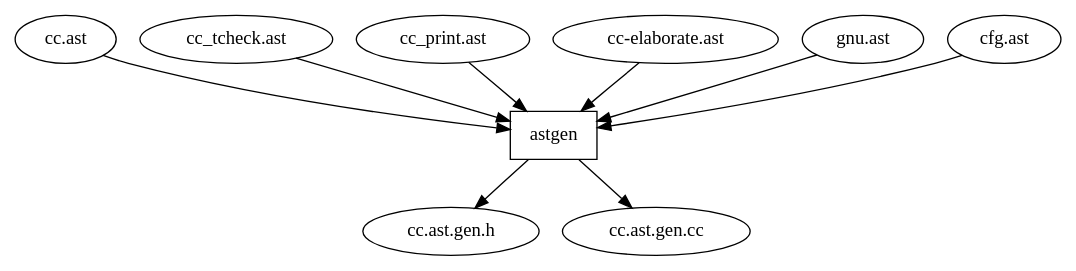
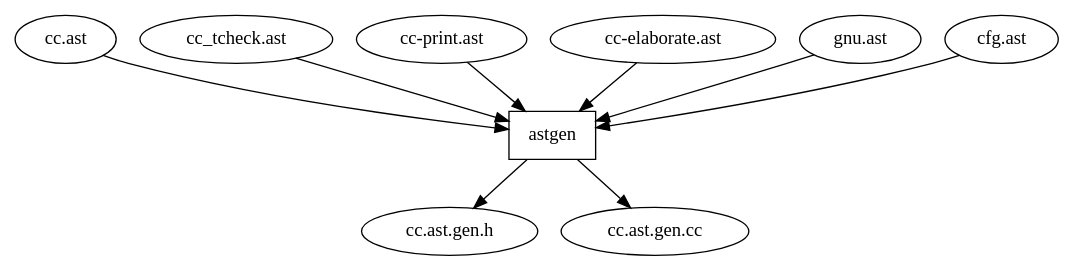
One commit to smcpeak/elsa changed the diagram in doc/ast_build.dot. Above: the diagram before and after it, drawn with Graphviz. The commit also changed 17 other files, not shown here.

Commit message:
Rename cc_print.{h,cc,ast} to cc-print.{h,cc,ast}.

```diff
--- a/doc/ast_build.dot
+++ b/doc/ast_build.dot
@@ -1,19 +1,19 @@
 // ast_build.dot
 // information flow for building the Elsa AST
 
 digraph "Elsa AST Build Process" {
 
   "cc.ast" -> "astgen";
   "cc_tcheck.ast" -> "astgen";
-  "cc_print.ast" -> "astgen";
+  "cc-print.ast" -> "astgen";
   "cc-elaborate.ast" -> "astgen";
   "gnu.ast" -> "astgen";
   "cfg.ast" -> "astgen";
 
   "astgen" [
     shape = rectangle
   ];
 
   "astgen" -> "cc.ast.gen.h";
   "astgen" -> "cc.ast.gen.cc";
 }
```
